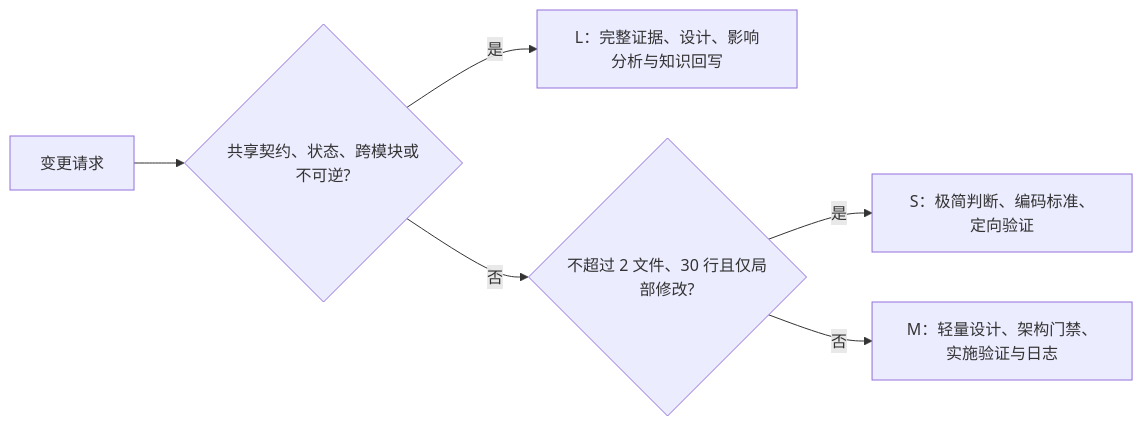
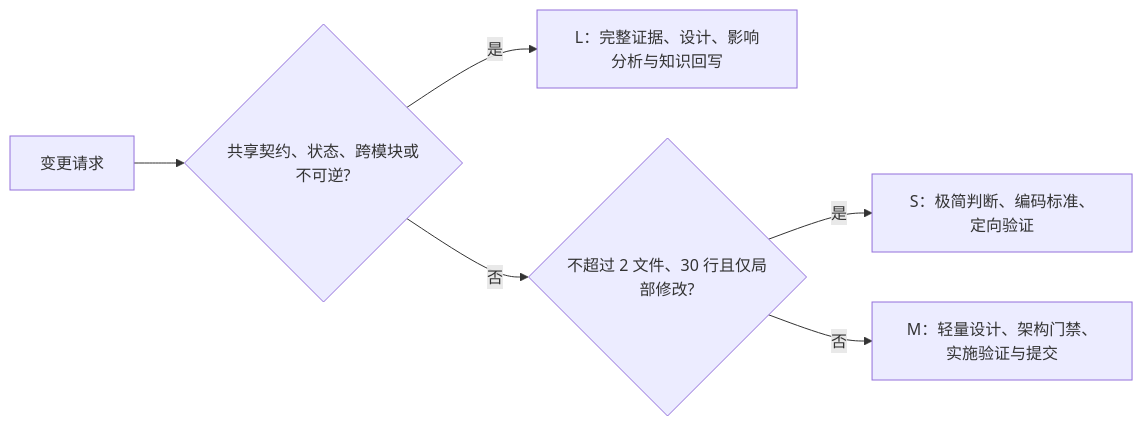
One commit to exception-coder/team-standards changed the third of 3 diagrams in docs/skill-flow.md. Above: the diagram before and after it, drawn with Mermaid. The commit also changed other lines of this file and 39 other files, not shown here.

````diff
--- a/docs/skill-flow.md
+++ b/docs/skill-flow.md
@@ -267,8 +267,8 @@
 ```mermaid
 flowchart LR
     CHANGE["变更请求"] --> RISK{"共享契约、状态、跨模块或不可逆?"}
     RISK -->|"是"| LARGE["L：完整证据、设计、影响分析与知识回写"]
     RISK -->|"否"| SIZE{"不超过 2 文件、30 行且仅局部修改?"}
     SIZE -->|"是"| SMALL["S：极简判断、编码标准、定向验证"]
-    SIZE -->|"否"| MEDIUM["M：轻量设计、架构门禁、实施验证与日志"]
+    SIZE -->|"否"| MEDIUM["M：轻量设计、架构门禁、实施验证与提交"]
 ```
````
